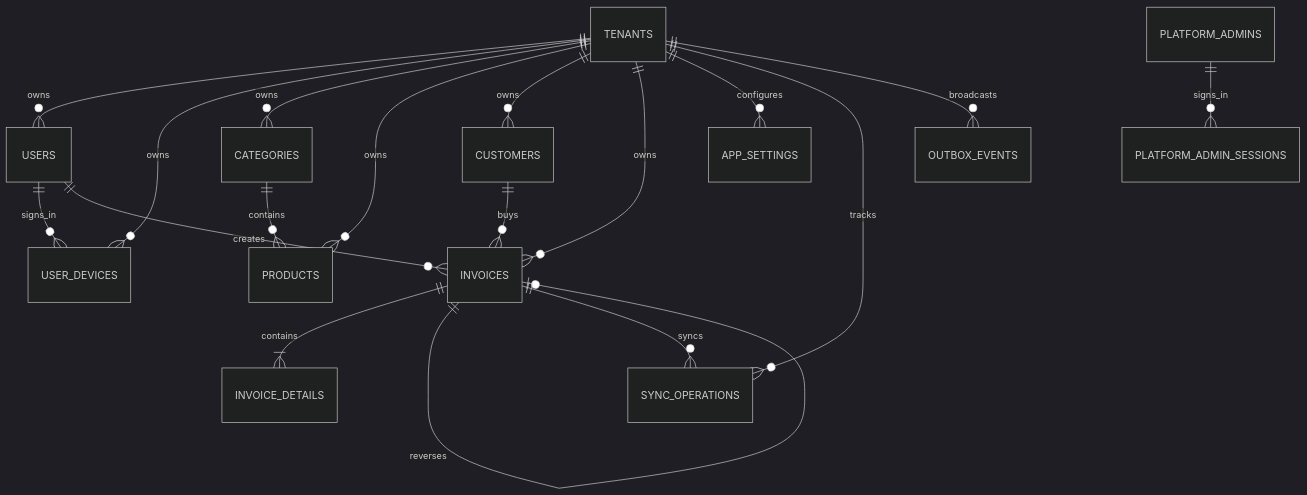
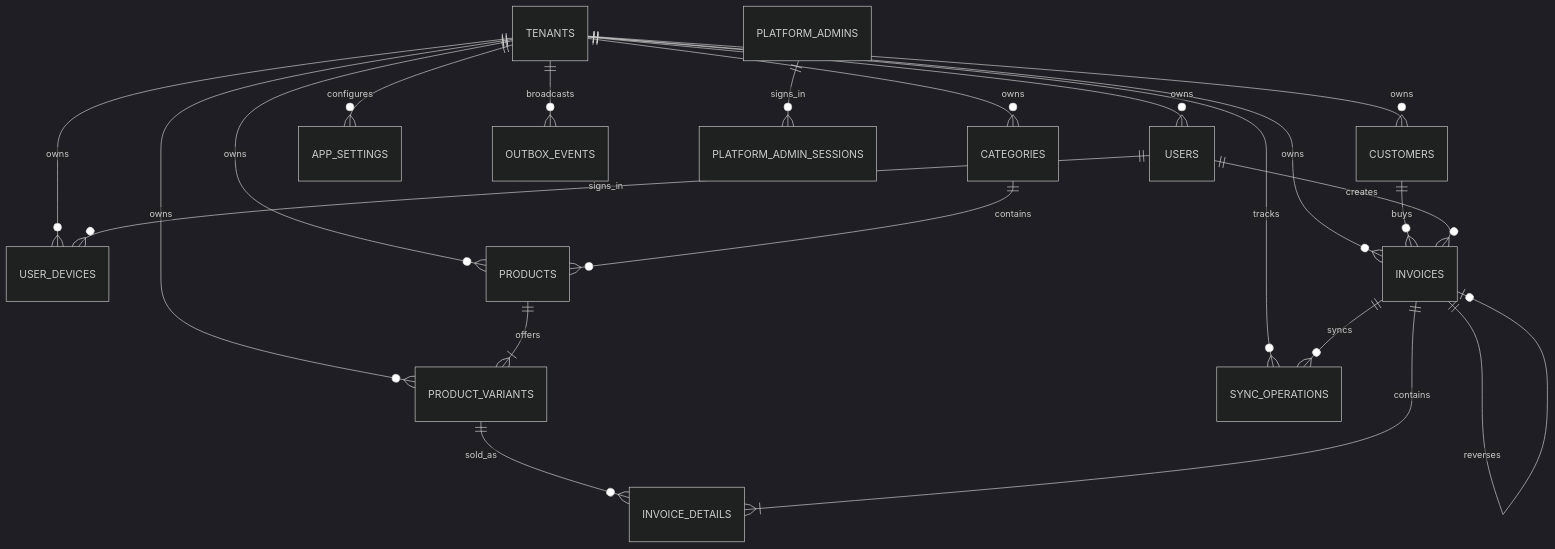
The diagram in database/database_design.md (PanxiiPos/panxii-docs), drawn with Mermaid (dark theme) before and after one commit. The commit also changed other lines of this file and 12 other files, not shown here.

Commit message:
docs(products): document variants and bulk pricing

````diff
--- a/database/database_design.md
+++ b/database/database_design.md
@@ -44,20 +46,23 @@
 ```mermaid
 erDiagram
     TENANTS ||--o{ USERS : owns
     TENANTS ||--o{ USER_DEVICES : owns
     TENANTS ||--o{ CATEGORIES : owns
     TENANTS ||--o{ PRODUCTS : owns
+    TENANTS ||--o{ PRODUCT_VARIANTS : owns
     TENANTS ||--o{ CUSTOMERS : owns
     TENANTS ||--o{ INVOICES : owns
     TENANTS ||--o{ APP_SETTINGS : configures
     TENANTS ||--o{ SYNC_OPERATIONS : tracks
     TENANTS ||--o{ OUTBOX_EVENTS : broadcasts
     CATEGORIES ||--o{ PRODUCTS : contains
+    PRODUCTS ||--|{ PRODUCT_VARIANTS : offers
+    PRODUCT_VARIANTS ||--o{ INVOICE_DETAILS : sold_as
     CUSTOMERS ||--o{ INVOICES : buys
     USERS ||--o{ USER_DEVICES : signs_in
     USERS ||--o{ INVOICES : creates
     PLATFORM_ADMINS ||--o{ PLATFORM_ADMIN_SESSIONS : signs_in
     INVOICES ||--|{ INVOICE_DETAILS : contains
     INVOICES ||--o| INVOICES : reverses
     INVOICES ||--o{ SYNC_OPERATIONS : syncs
 ```
````
